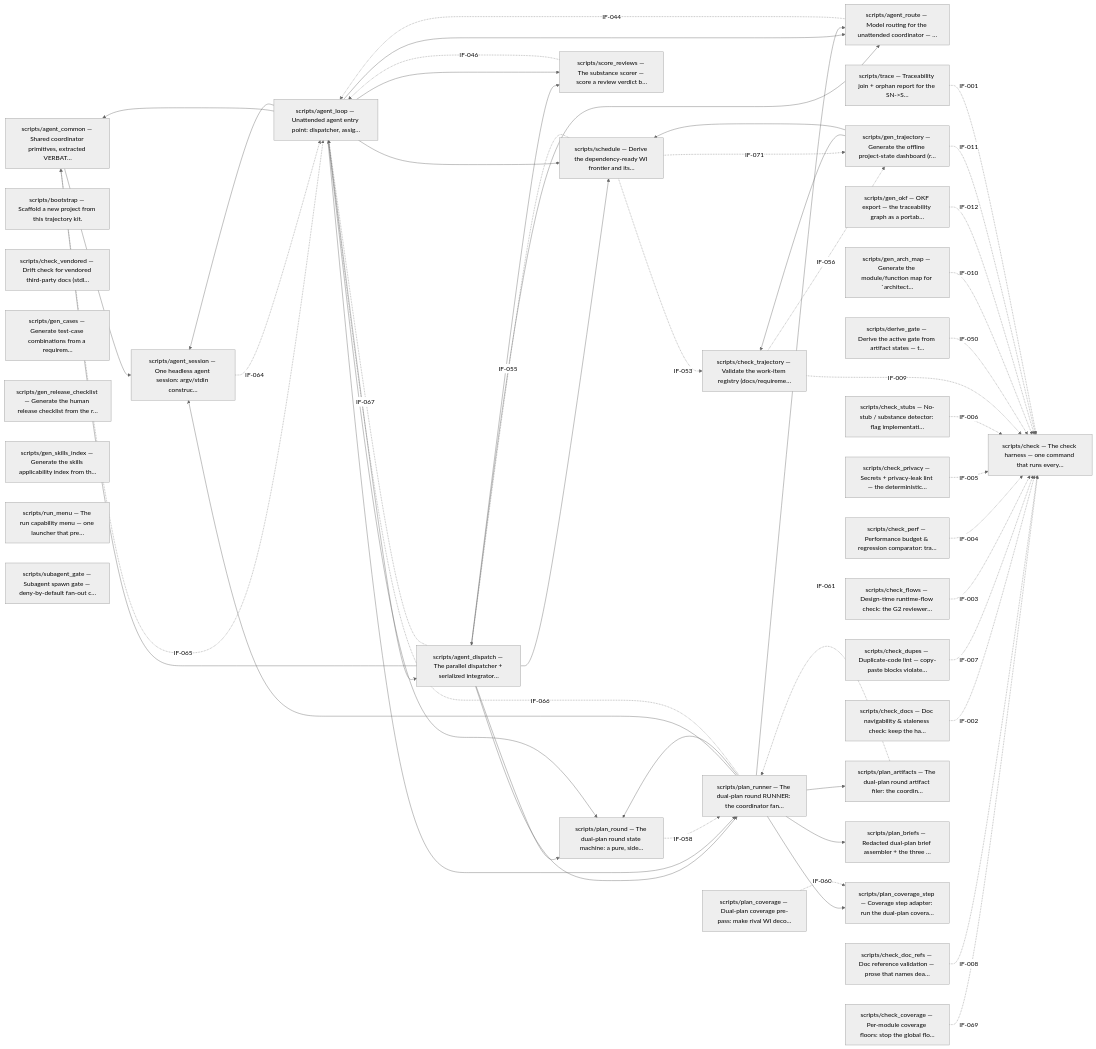
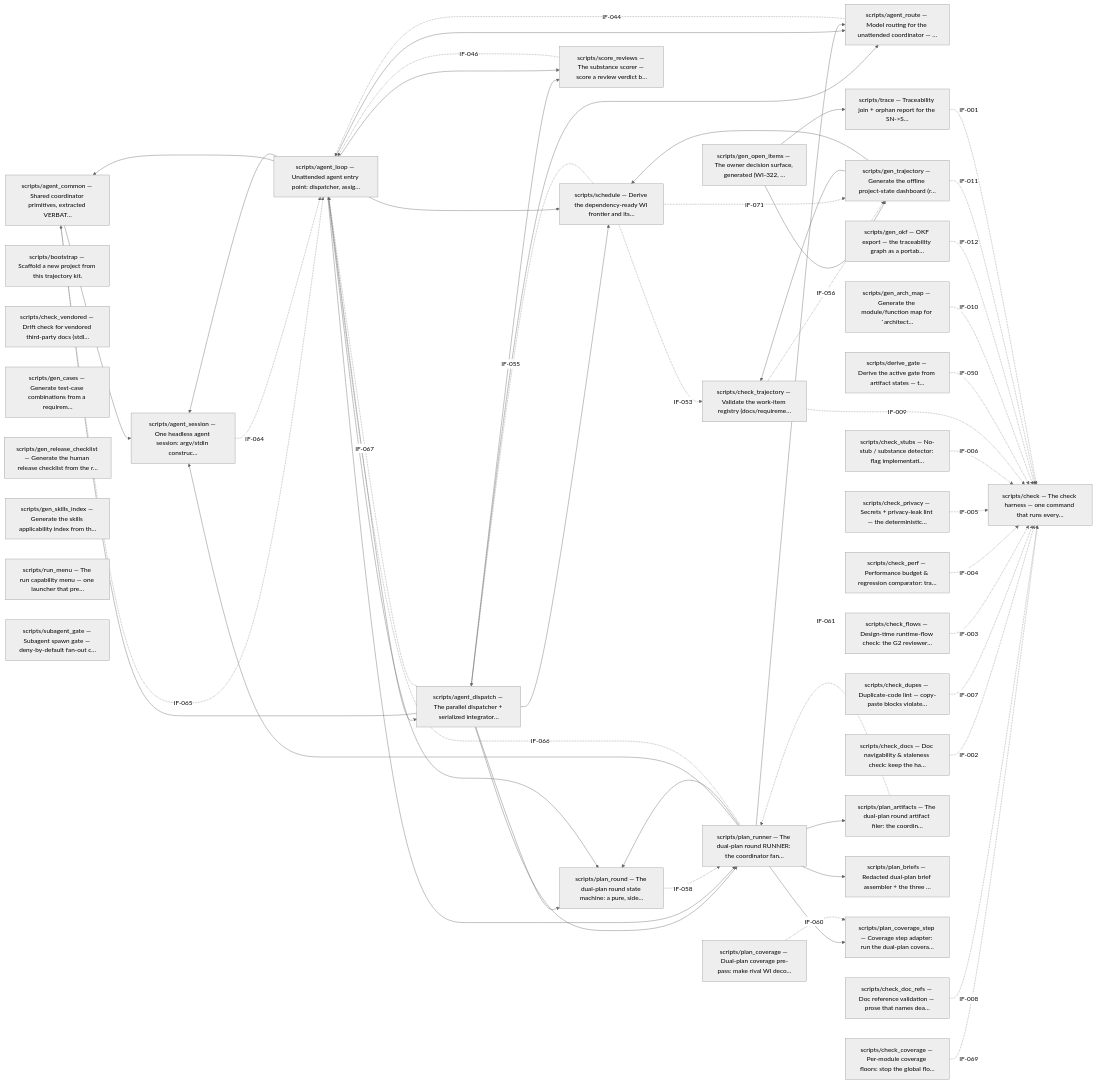
Before and after one commit to diytechy/ai-template: the first of 4 diagrams in docs/architecture.md, drawn with Mermaid (neutral theme). The commit also changed other lines of this file and 45 other files, not shown here.

```diff
--- a/docs/architecture.md
+++ b/docs/architecture.md
@@ -57,6 +57,7 @@
     m_scripts_gen_arch_map["scripts/gen_arch_map — Generate the module/function map for `architect…"]
     m_scripts_gen_cases["scripts/gen_cases — Generate test-case combinations from a requirem…"]
     m_scripts_gen_okf["scripts/gen_okf — OKF export — the traceability graph as a portab…"]
+    m_scripts_gen_open_items["scripts/gen_open_items — The owner decision surface, generated (WI-322, …"]
     m_scripts_gen_release_checklist["scripts/gen_release_checklist — Generate the human release checklist from the r…"]
     m_scripts_gen_skills_index["scripts/gen_skills_index — Generate the skills applicability index from th…"]
     m_scripts_gen_trajectory["scripts/gen_trajectory — Generate the offline project-state dashboard (r…"]
@@ -86,6 +87,8 @@
     m_scripts_agent_loop --> m_scripts_plan_runner
     m_scripts_agent_loop --> m_scripts_schedule
     m_scripts_agent_loop --> m_scripts_score_reviews
+    m_scripts_gen_open_items --> m_scripts_gen_trajectory
+    m_scripts_gen_open_items --> m_scripts_trace
     m_scripts_gen_trajectory --> m_scripts_check_trajectory
     m_scripts_gen_trajectory --> m_scripts_schedule
     m_scripts_plan_runner --> m_scripts_agent_route
```
